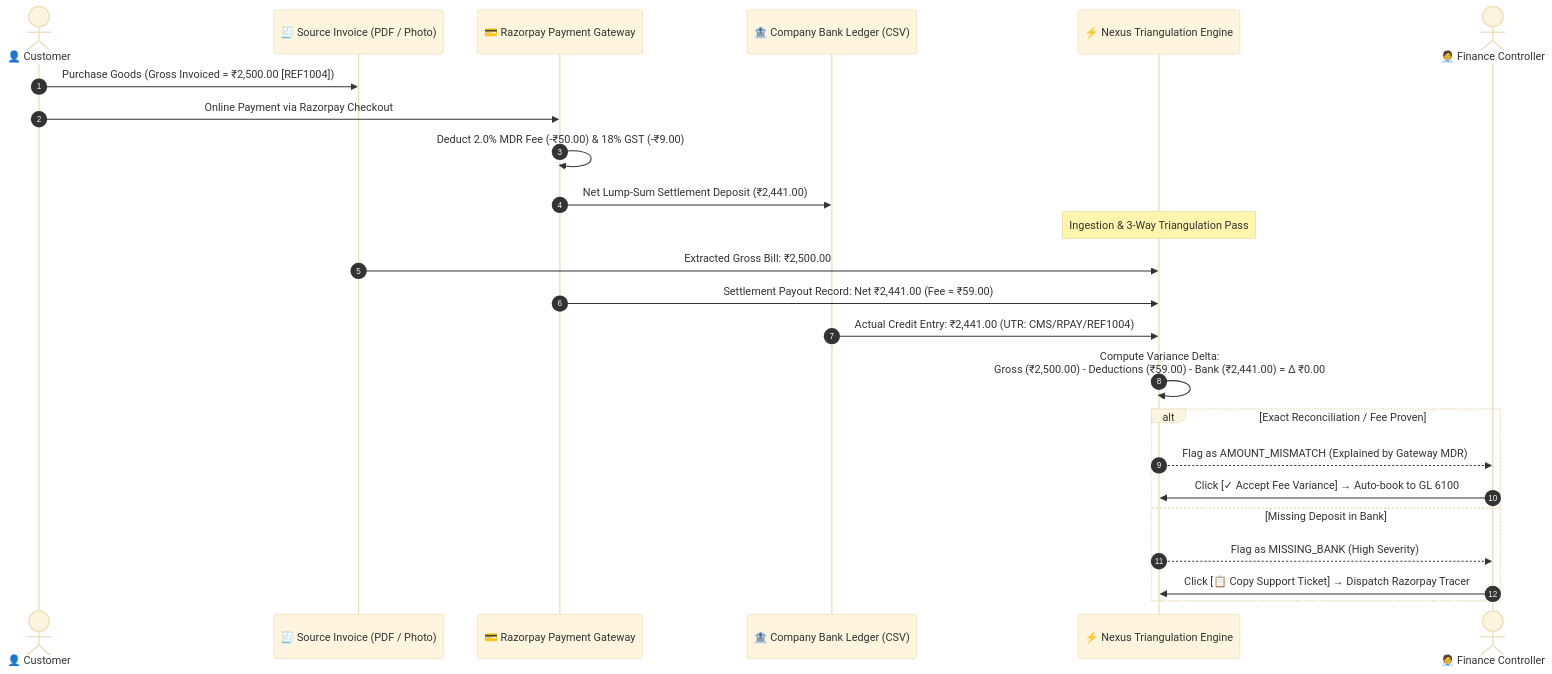
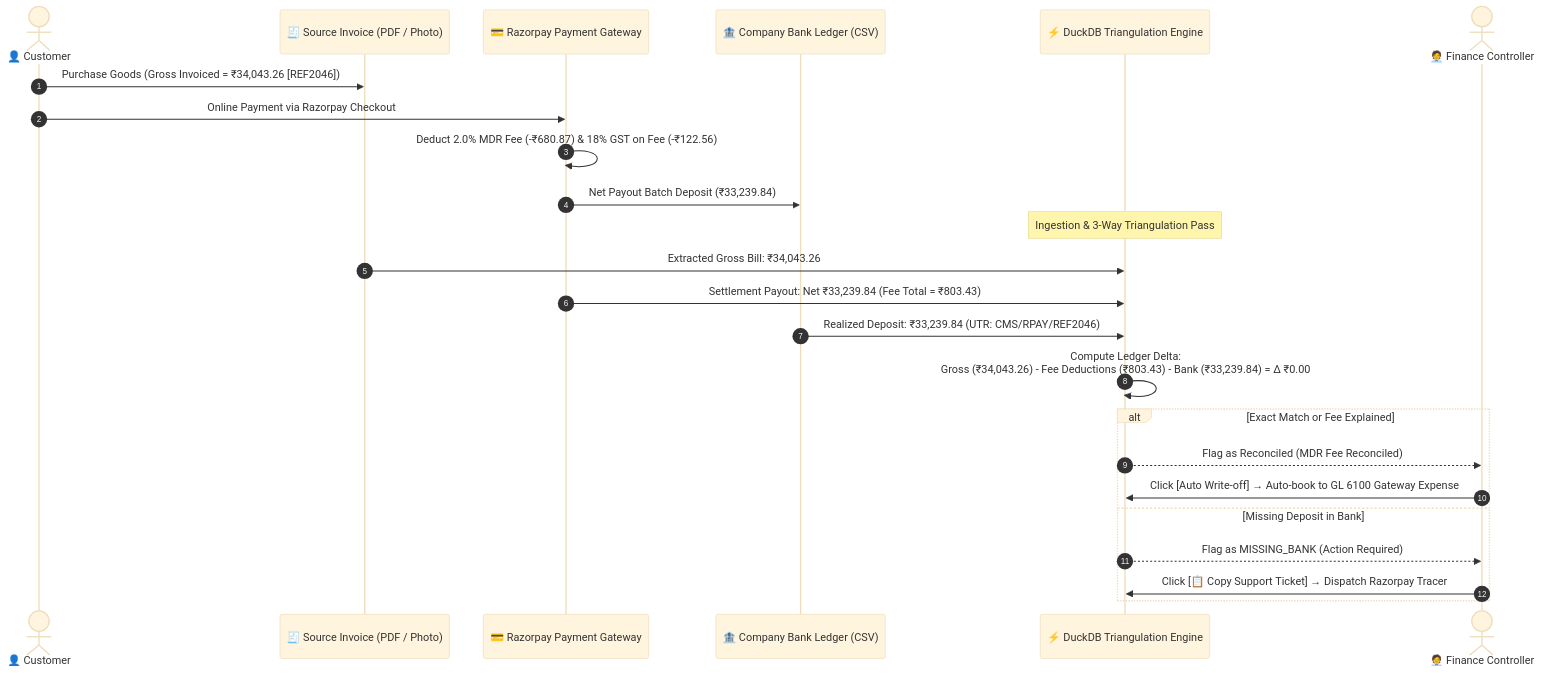
Before and after one commit to ro-lex404/reconciler: the second of 2 diagrams in README.md, drawn with Mermaid (base theme). The commit also changed other lines of this file and 2 other files, not shown here.

````diff
--- a/README.md
+++ b/README.md
@@ -136,30 +147,30 @@
 ```mermaid
 sequenceDiagram
     autonumber
     actor Customer as 👤 Customer
     participant Invoice as 🧾 Source Invoice (PDF / Photo)
     participant Gateway as 💳 Razorpay Payment Gateway
     participant Bank as 🏦 Company Bank Ledger (CSV)
-    participant Reconciler as ⚡ Nexus Triangulation Engine
+    participant Reconciler as ⚡ DuckDB Triangulation Engine
     actor Controller as 🧑‍💼 Finance Controller
 
-    Customer->>Invoice: Purchase Goods (Gross Invoiced = ₹2,500.00 [REF1004])
+    Customer->>Invoice: Purchase Goods (Gross Invoiced = ₹34,043.26 [REF2046])
     Customer->>Gateway: Online Payment via Razorpay Checkout
-    Gateway->>Gateway: Deduct 2.0% MDR Fee (-₹50.00) & 18% GST (-₹9.00)
-    Gateway->>Bank: Net Lump-Sum Settlement Deposit (₹2,441.00)
+    Gateway->>Gateway: Deduct 2.0% MDR Fee (-₹680.87) & 18% GST on Fee (-₹122.56)
+    Gateway->>Bank: Net Payout Batch Deposit (₹33,239.84)
     
     Note over Reconciler: Ingestion & 3-Way Triangulation Pass
-    Invoice->>Reconciler: Extracted Gross Bill: ₹2,500.00
-    Gateway->>Reconciler: Settlement Payout Record: Net ₹2,441.00 (Fee = ₹59.00)
-    Bank->>Reconciler: Actual Credit Entry: ₹2,441.00 (UTR: CMS/RPAY/REF1004)
+    Invoice->>Reconciler: Extracted Gross Bill: ₹34,043.26
+    Gateway->>Reconciler: Settlement Payout: Net ₹33,239.84 (Fee Total = ₹803.43)
+    Bank->>Reconciler: Realized Deposit: ₹33,239.84 (UTR: CMS/RPAY/REF2046)
     
-    Reconciler->>Reconciler: Compute Variance Delta:<br/>Gross (₹2,500.00) - Deductions (₹59.00) - Bank (₹2,441.00) = Δ ₹0.00
+    Reconciler->>Reconciler: Compute Ledger Delta:<br/>Gross (₹34,043.26) - Fee Deductions (₹803.43) - Bank (₹33,239.84) = Δ ₹0.00
     
-    alt Exact Reconciliation / Fee Proven
-        Reconciler-->>Controller: Flag as AMOUNT_MISMATCH (Explained by Gateway MDR)
-        Controller->>Reconciler: Click [✓ Accept Fee Variance] → Auto-book to GL 6100
+    alt Exact Match or Fee Explained
+        Reconciler-->>Controller: Flag as Reconciled (MDR Fee Reconciled)
+        Controller->>Reconciler: Click [Auto Write-off] → Auto-book to GL 6100 Gateway Expense
     else Missing Deposit in Bank
-        Reconciler-->>Controller: Flag as MISSING_BANK (High Severity)
+        Reconciler-->>Controller: Flag as MISSING_BANK (Action Required)
         Controller->>Reconciler: Click [📋 Copy Support Ticket] → Dispatch Razorpay Tracer
     end
 ```
````
